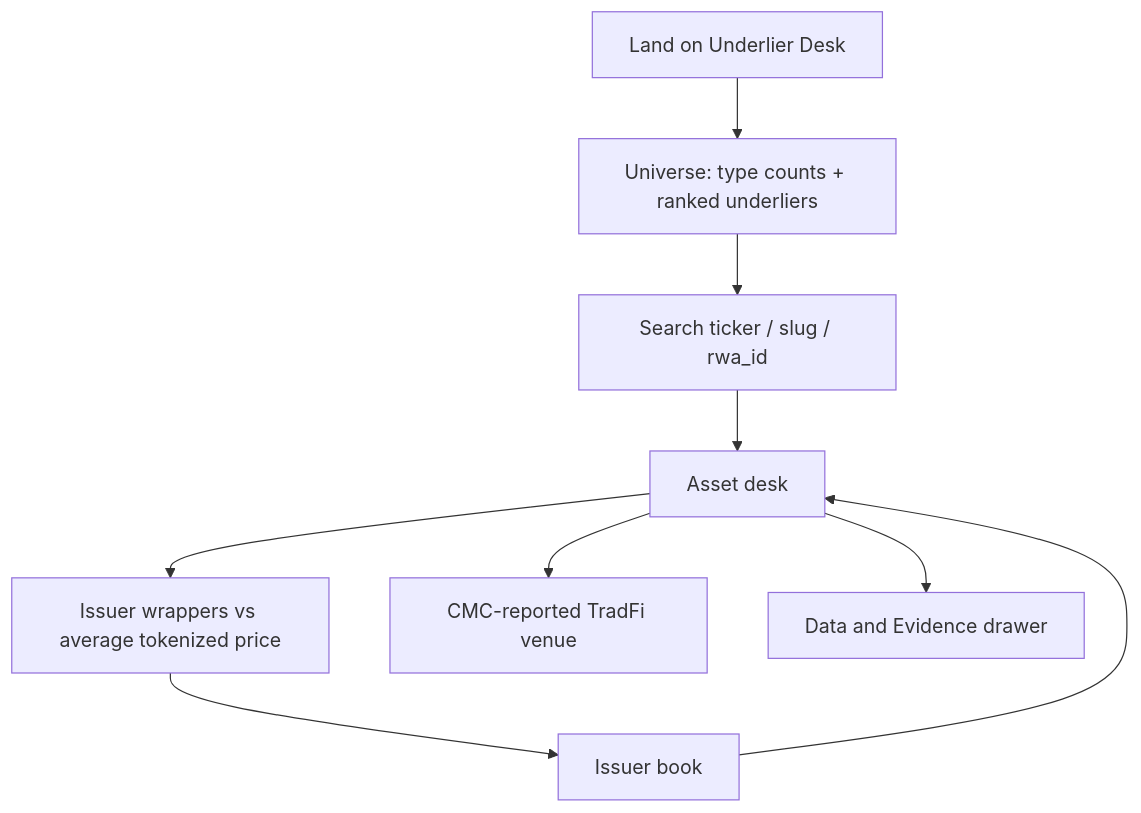
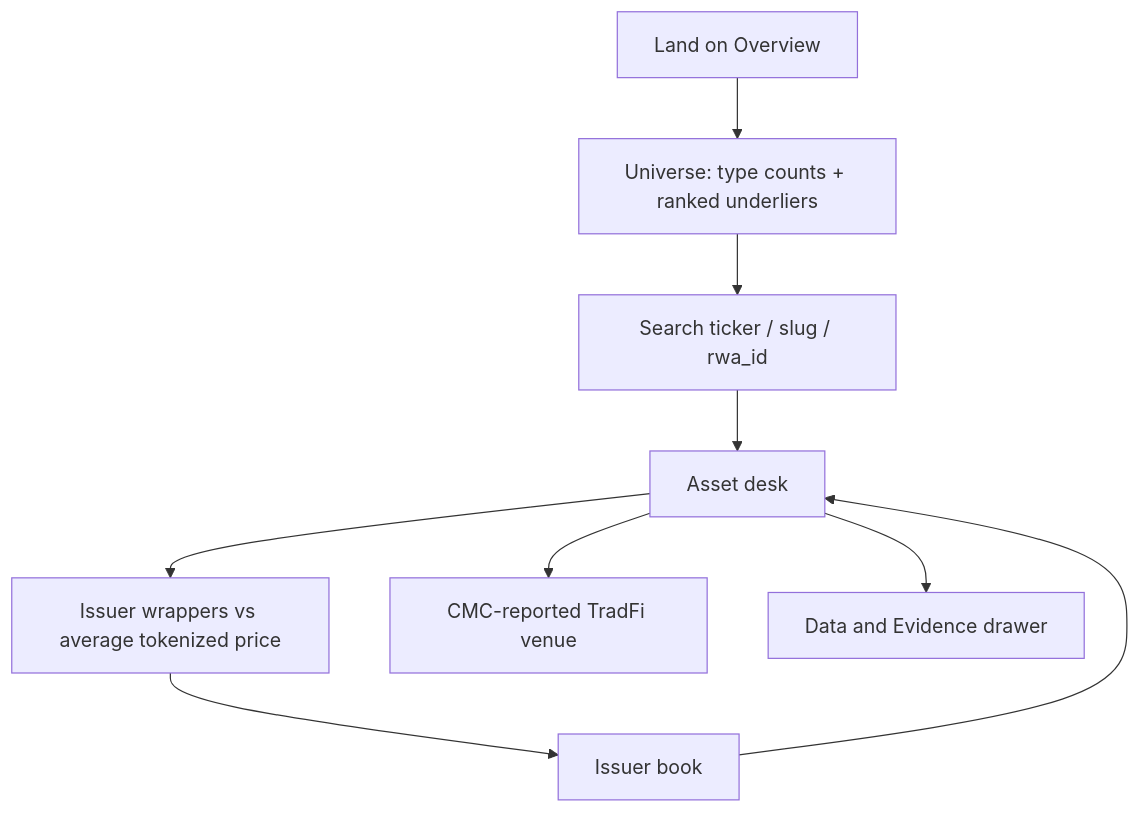
Before and after one commit to PinnacleCryptNG/cmc-pulse: the second of 2 diagrams in README.md, drawn with Mermaid. The commit also changed other lines of this file and 14 other files, not shown here.

````diff
--- a/README.md
+++ b/README.md
@@ -78,11 +94,11 @@
 ```mermaid
 flowchart TD
-  A[Land on Underlier Desk] --> B[Universe: type counts + ranked underliers]
+  A[Land on Overview] --> B[Universe: type counts + ranked underliers]
   B --> C[Search ticker / slug / rwa_id]
   C --> D[Asset desk]
   D --> E[Issuer wrappers vs average tokenized price]
   D --> F[CMC-reported TradFi venue]
   E --> G[Issuer book]
   G --> D
   D --> H[Data and Evidence drawer]
 ```
````
